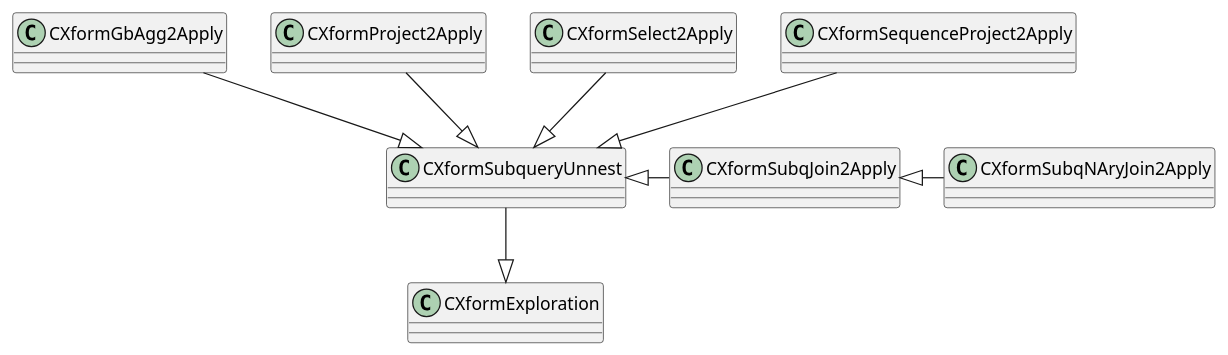
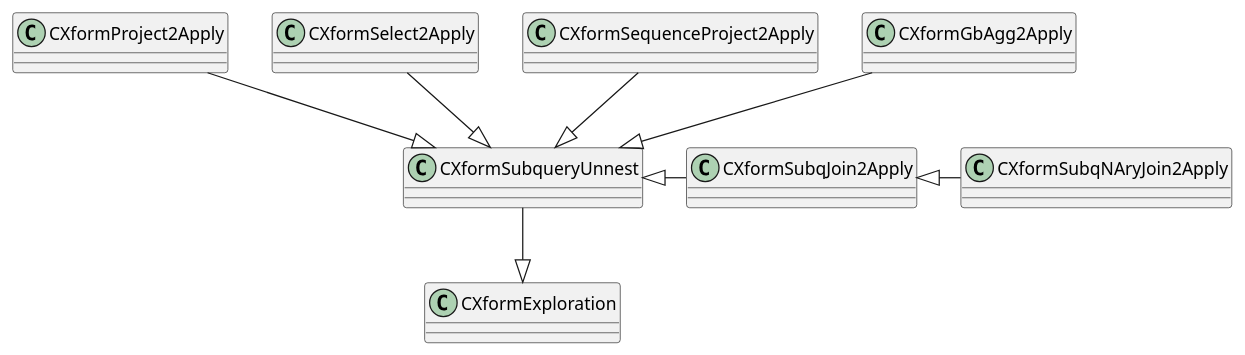
Before and after one commit to DepInjoy/geektime: the second of 4 diagrams in doc/DB/ORCA/SourceRead/Subquery.md, drawn with PlantUML. The commit also changed other lines of this file and 1 other file, not shown here.

````diff
--- a/doc/DB/ORCA/SourceRead/Subquery.md
+++ b/doc/DB/ORCA/SourceRead/Subquery.md
@@ -159,13 +159,13 @@
 ```plantuml
 @startuml
-CXformGbAgg2Apply -down-|> CXformSubqueryUnnest
 CXformProject2Apply -down-|> CXformSubqueryUnnest
 CXformSelect2Apply -down-|> CXformSubqueryUnnest
 CXformSequenceProject2Apply -down-|> CXformSubqueryUnnest
+CXformGbAgg2Apply -down-|> CXformSubqueryUnnest
 
 CXformSubqJoin2Apply -left-|> CXformSubqueryUnnest
 CXformSubqNAryJoin2Apply -left-|> CXformSubqJoin2Apply
 
 CXformSubqueryUnnest -down-|> CXformExploration 
 @enduml
 ```
````
